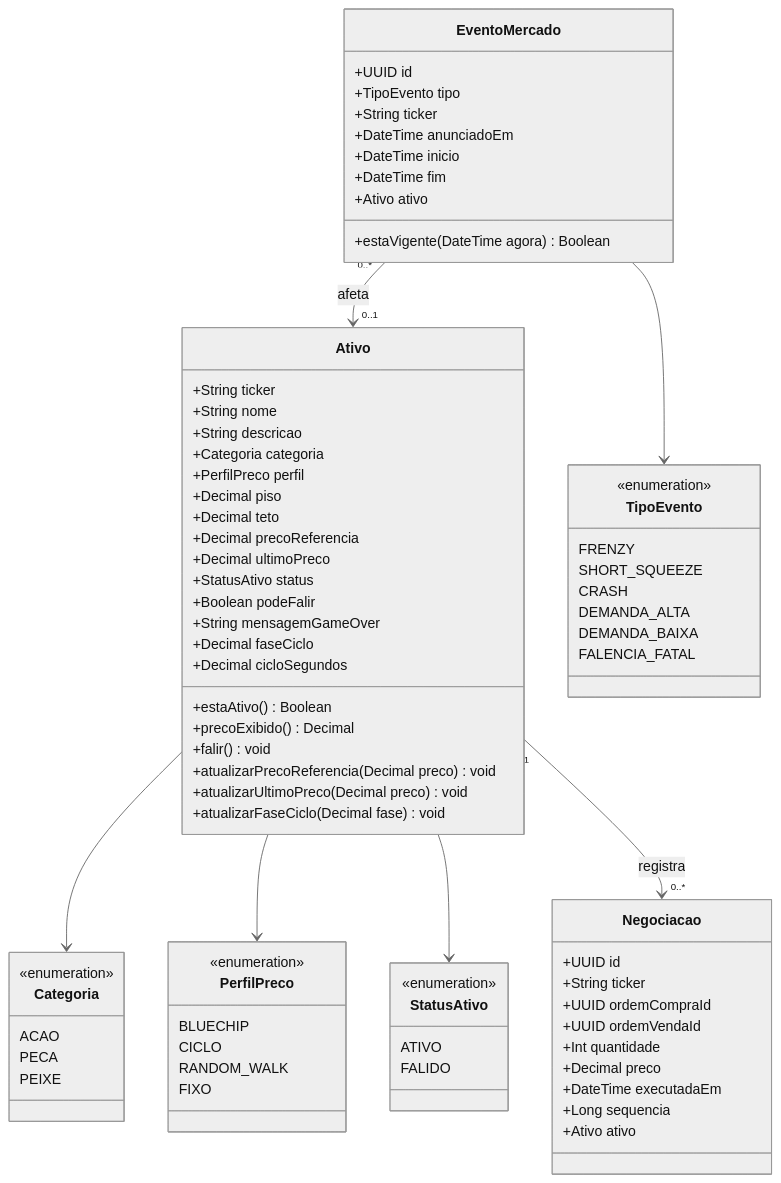
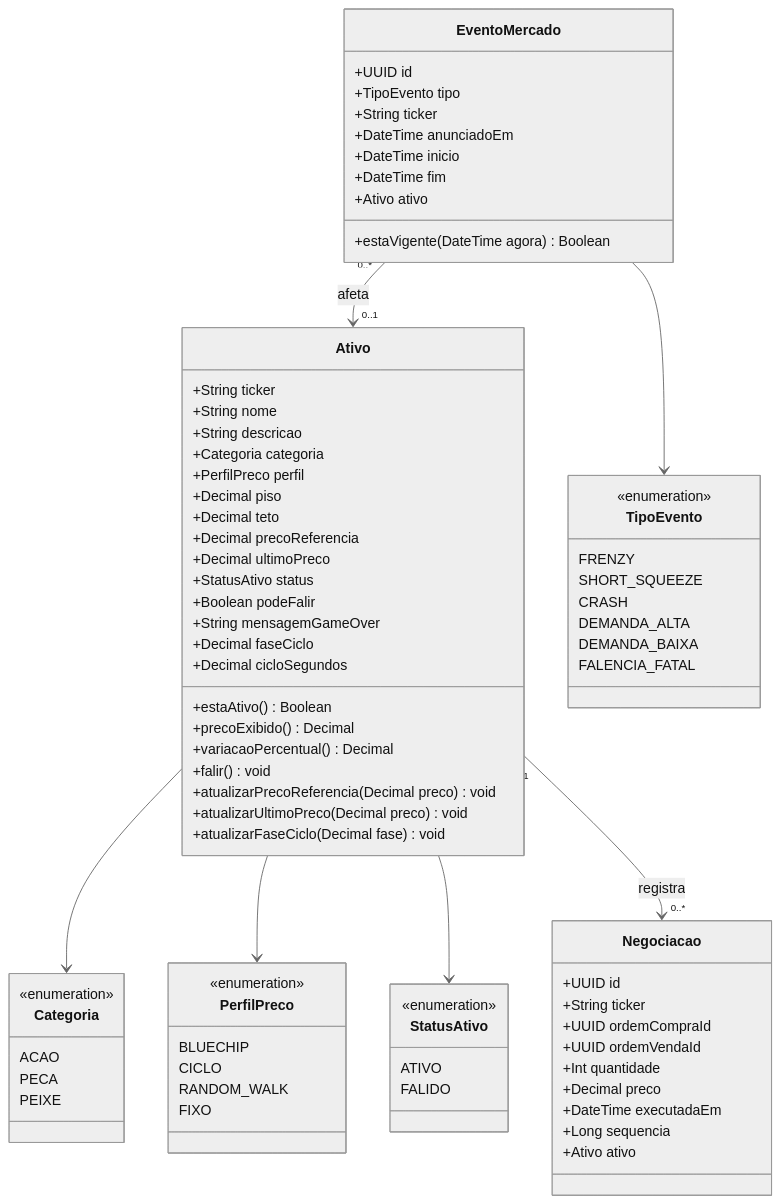
Before and after one commit to ysrael12/CruelMarketLTDA: the first of 6 diagrams in P1/especificação de mercado/Diagrama de classes - market data.md, drawn with Mermaid (neutral theme). The commit also changed other lines of this file and 51 other files, not shown here.

```diff
--- a/P1/especificação de mercado/Diagrama de classes - market data.md
+++ b/P1/especificação de mercado/Diagrama de classes - market data.md
@@ -42,6 +42,7 @@
     +Decimal cicloSegundos
     +estaAtivo() Boolean
     +precoExibido() Decimal
+    +variacaoPercentual() Decimal
     +falir() void
     +atualizarPrecoReferencia(Decimal preco) void
     +atualizarUltimoPreco(Decimal preco) void
```
